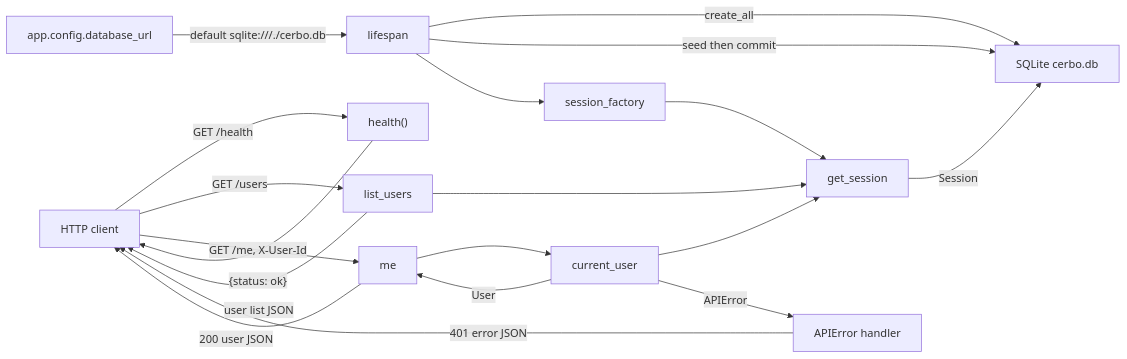
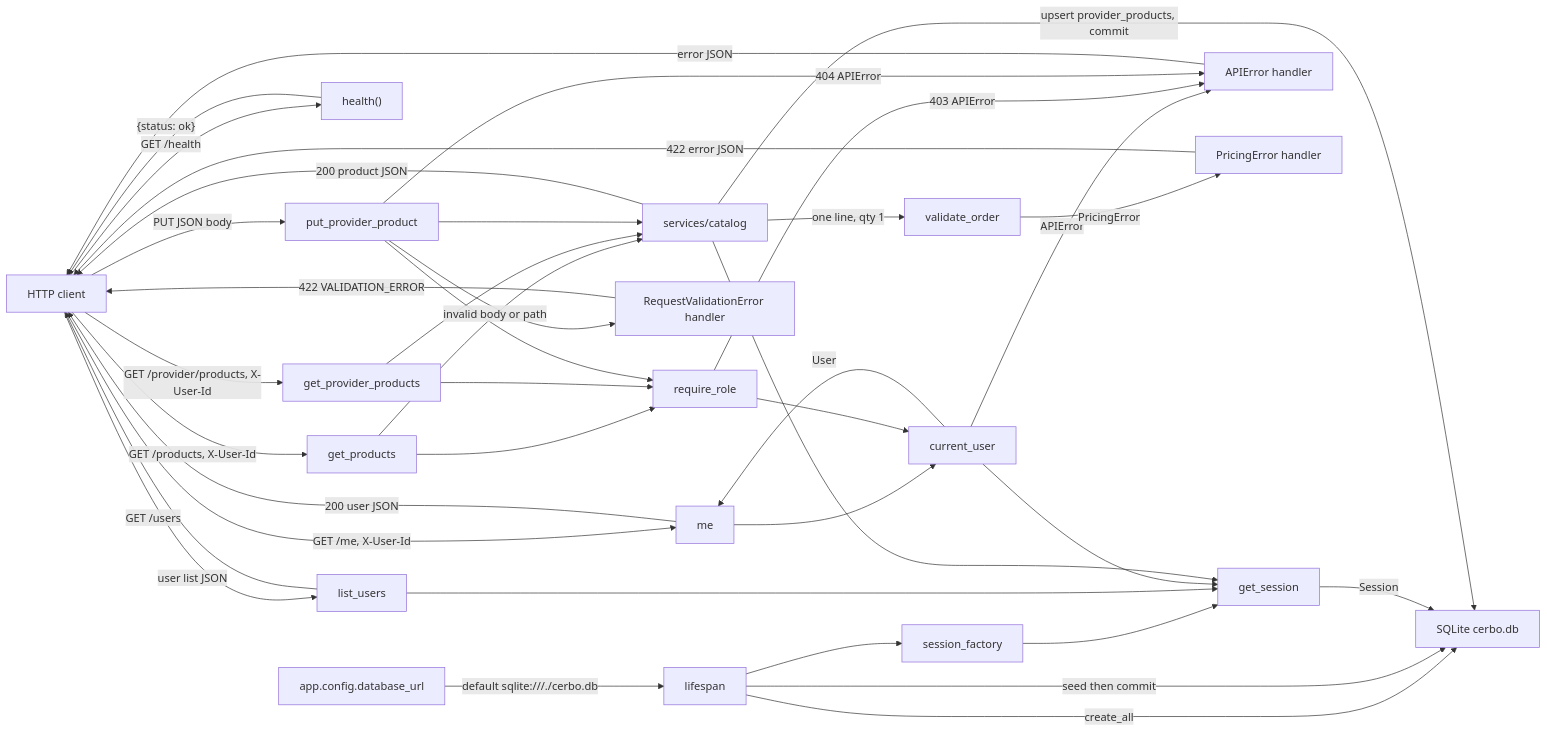
Before and after one commit to drtclem/cerbo_wk1: the diagram in docs/diagrams/data-flow.md, drawn with Mermaid. The commit also changed other lines of this file and 10 other files, not shown here.

Commit message:
T4: catalog and provider product list

````diff
--- a/docs/diagrams/data-flow.md
+++ b/docs/diagrams/data-flow.md
@@ -7,24 +7,45 @@
 ```mermaid
 flowchart LR
   configUrl["app.config.database_url"] -->|"default sqlite:///./cerbo.db"| lifespan["lifespan"]
   lifespan -->|"create_all"| sqliteFile["SQLite cerbo.db"]
   lifespan -->|"seed then commit"| sqliteFile
   lifespan --> sessionFactory["session_factory"]
   sessionFactory --> getSession["get_session"]
   getSession -->|"Session"| sqliteFile
 
   httpClient["HTTP client"] -->|"GET /health"| healthFn["health()"]
   healthFn -->|"{status: ok}"| httpClient
 
   httpClient -->|"GET /users"| listUsers["list_users"]
   listUsers --> getSession
   listUsers -->|"user list JSON"| httpClient
 
   httpClient -->|"GET /me, X-User-Id"| meRoute["me"]
   meRoute --> currentUser["current_user"]
   currentUser --> getSession
   currentUser -->|"User"| meRoute
   meRoute -->|"200 user JSON"| httpClient
   currentUser -->|"APIError"| apiError["APIError handler"]
-  apiError -->|"401 error JSON"| httpClient
+  apiError -->|"error JSON"| httpClient
+
+  httpClient -->|"GET /products, X-User-Id"| getProducts["get_products"]
+  httpClient -->|"GET /provider/products, X-User-Id"| getProviderProducts["get_provider_products"]
+  httpClient -->|"PUT JSON body"| putProviderProduct["put_provider_product"]
+  getProducts --> requireRole["require_role"]
+  getProviderProducts --> requireRole
+  putProviderProduct --> requireRole
+  requireRole --> currentUser
+  requireRole -->|"403 APIError"| apiError
+  getProducts --> catalogSvc["services/catalog"]
+  getProviderProducts --> catalogSvc
+  putProviderProduct --> catalogSvc
+  catalogSvc --> getSession
+  catalogSvc -->|"200 product JSON"| httpClient
+  catalogSvc -->|"one line, qty 1"| validateOrder["validate_order"]
+  validateOrder -->|"PricingError"| pricingHandler["PricingError handler"]
+  pricingHandler -->|"422 error JSON"| httpClient
+  catalogSvc -->|"upsert provider_products, commit"| sqliteFile
+  putProviderProduct -->|"404 APIError"| apiError
+  putProviderProduct -->|"invalid body or path"| validationHandler["RequestValidationError handler"]
+  validationHandler -->|"422 VALIDATION_ERROR"| httpClient
 ```
````
